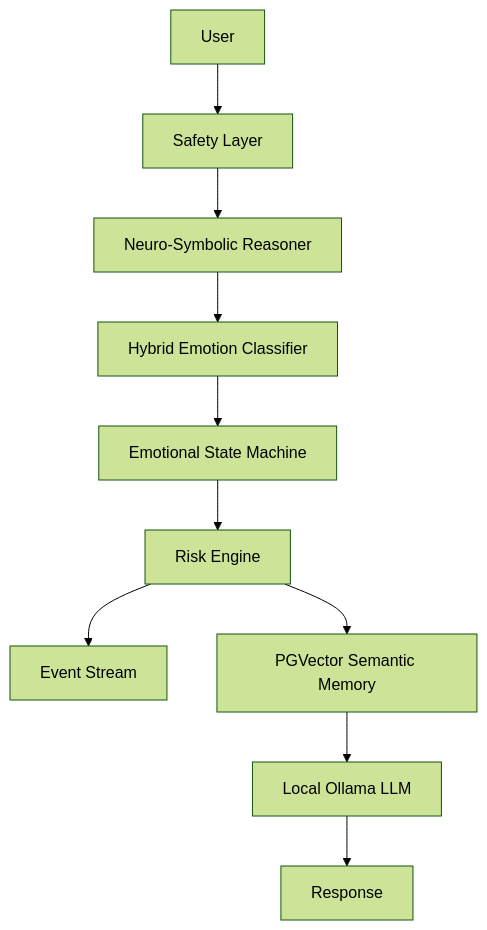
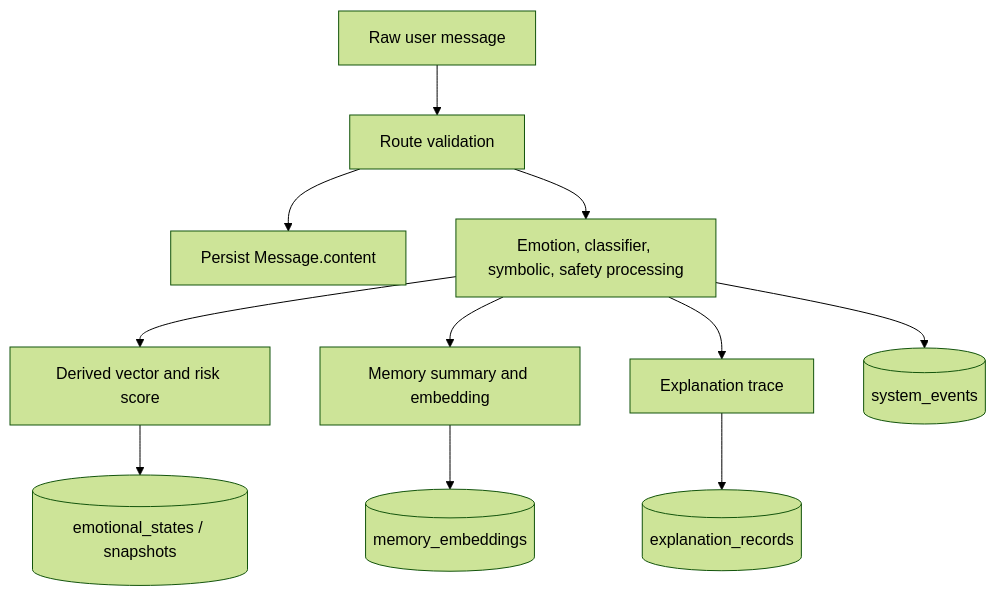
One commit to LordZeusIsBack/musical-sniffle changed the second of 2 diagrams in docs/privacy_model.md. Above: the diagram before and after it, drawn with Mermaid (forest theme). The commit also changed other lines of this file, not shown here.

````diff
--- a/docs/privacy_model.md
+++ b/docs/privacy_model.md
@@ -5,12 +63,13 @@
 ```mermaid
-graph TD
-User --> Safety[Safety Layer]
-Safety --> Reasoner[Neuro-Symbolic Reasoner]
-Reasoner --> Emotion[Hybrid Emotion Classifier]
-Emotion --> State[Emotional State Machine]
-State --> Risk[Risk Engine]
-Risk --> Events[Event Stream]
-Risk --> Memory[PGVector Semantic Memory]
-Memory --> LLM[Local Ollama LLM]
-LLM --> Response
+flowchart TD
+    A[Raw user message] --> B[Route validation]
+    B --> C[Persist Message.content]
+    B --> D[Emotion, classifier, symbolic, safety processing]
+    D --> E[Derived vector and risk score]
+    D --> F[Memory summary and embedding]
+    D --> G[Explanation trace]
+    E --> H[(emotional_states / snapshots)]
+    F --> I[(memory_embeddings)]
+    G --> J[(explanation_records)]
+    D --> K[(system_events)]
 ```
````
